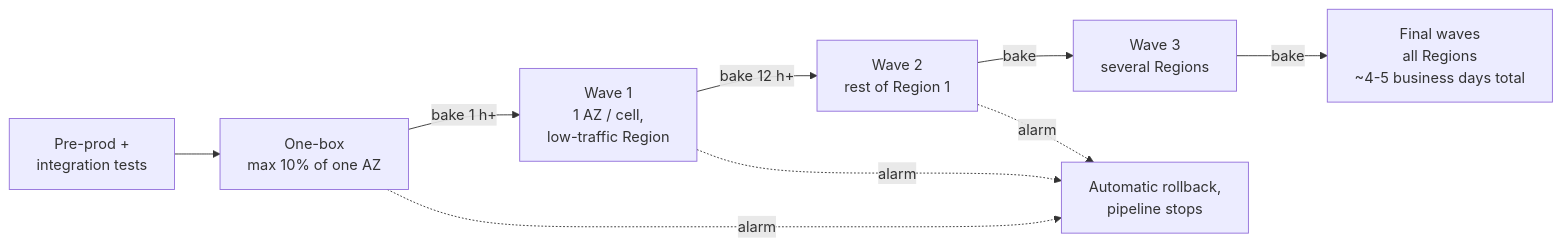
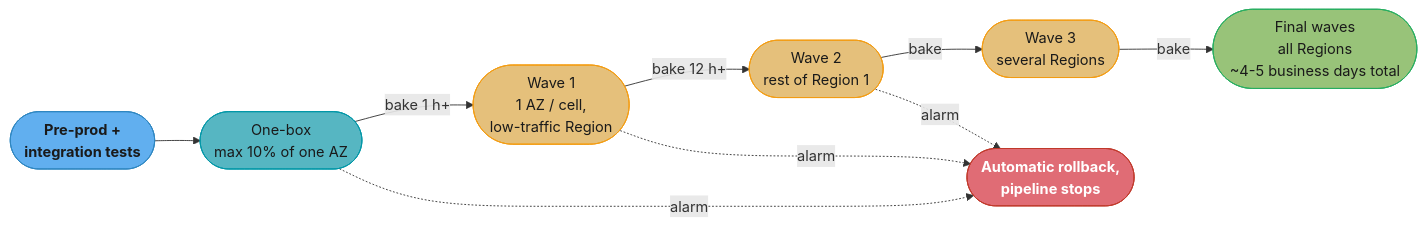
The fifth of 8 diagrams in src/main/java/com/rutik/systemdesign/devops/deployment_strategies/deployment_strategies.md (rppol/system-design), drawn with Mermaid before and after one commit. The commit also changed other lines of this file and 63 other files, not shown here.

````diff
--- a/src/main/java/com/rutik/systemdesign/devops/deployment_strategies/deployment_strategies.md
+++ b/src/main/java/com/rutik/systemdesign/devops/deployment_strategies/deployment_strategies.md
@@ -327,11 +329,24 @@
 ```mermaid
 flowchart LR
-    pre["Pre-prod +<br/>integration tests"] --> ob["One-box<br/>max 10% of one AZ"]
-    ob -->|"bake 1 h+"| w1["Wave 1<br/>1 AZ / cell,<br/>low-traffic Region"]
-    w1 -->|"bake 12 h+"| w2["Wave 2<br/>rest of Region 1"]
-    w2 -->|"bake"| w3["Wave 3<br/>several Regions"]
-    w3 -->|"bake"| w4["Final waves<br/>all Regions<br/>~4-5 business days total"]
-    ob -.->|"alarm"| rb["Automatic rollback,<br/>pipeline stops"]
+    classDef io      fill:#61afef,stroke:#2e86c1,color:#1a1a1a,font-weight:bold
+    classDef frozen  fill:#c678dd,stroke:#9b59b6,color:#fff
+    classDef train   fill:#98c379,stroke:#27ae60,color:#1a1a1a
+    classDef mathOp  fill:#d19a66,stroke:#e67e22,color:#1a1a1a,font-weight:bold
+    classDef lossN   fill:#e06c75,stroke:#c0392b,color:#fff,font-weight:bold
+    classDef req     fill:#56b6c2,stroke:#0097a7,color:#1a1a1a
+    classDef base    fill:#e5c07b,stroke:#f39c12,color:#1a1a1a
+    pre(["Pre-prod +<br/>integration tests"]) --> ob(["One-box<br/>max 10% of one AZ"])
+    ob -->|"bake 1 h+"| w1(["Wave 1<br/>1 AZ / cell,<br/>low-traffic Region"])
+    w1 -->|"bake 12 h+"| w2(["Wave 2<br/>rest of Region 1"])
+    w2 -->|"bake"| w3(["Wave 3<br/>several Regions"])
+    w3 -->|"bake"| w4(["Final waves<br/>all Regions<br/>~4-5 business days total"])
+    ob -.->|"alarm"| rb(["Automatic rollback,<br/>pipeline stops"])
     w1 -.->|"alarm"| rb
     w2 -.->|"alarm"| rb
+
+    class pre io
+    class ob req
+    class w1,w2,w3 base
+    class w4 train
+    class rb lossN
 ```
````
